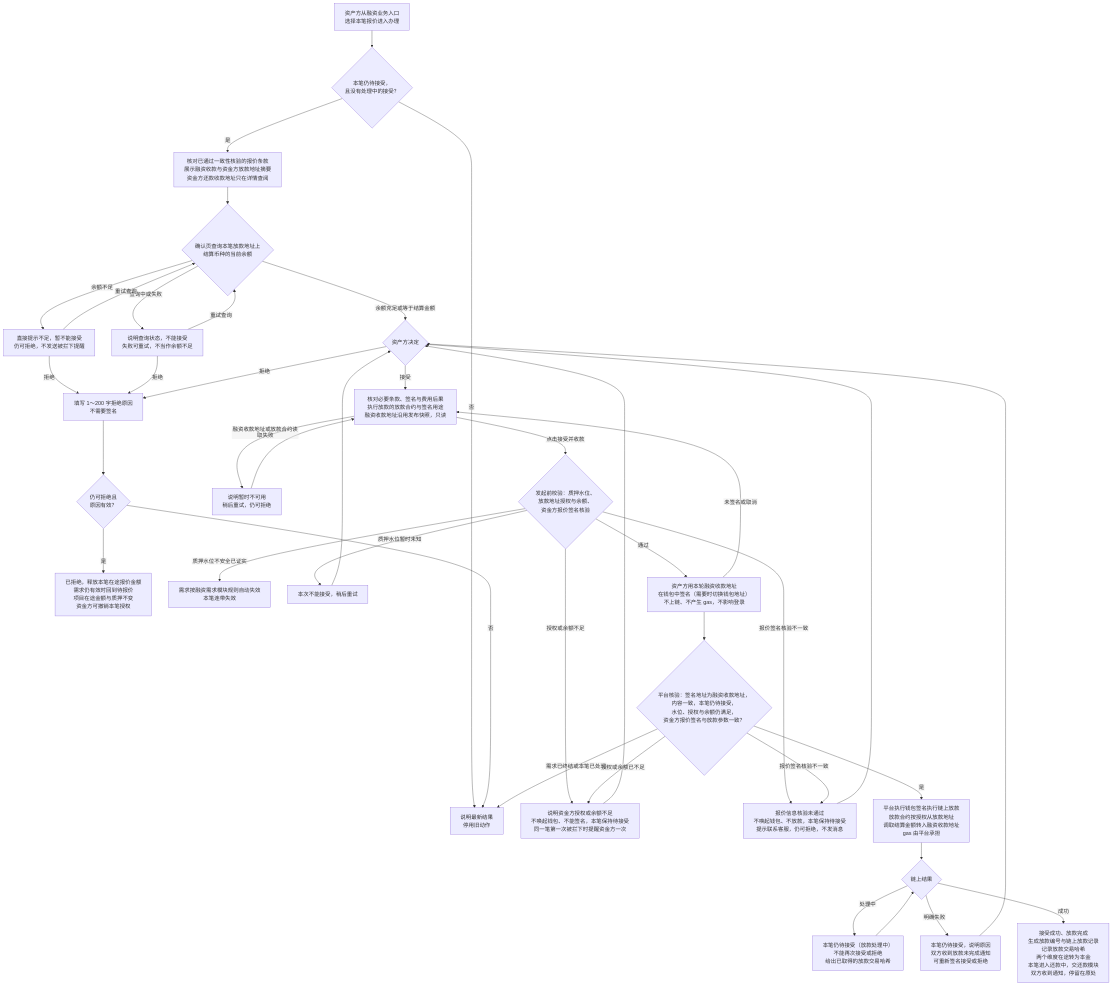
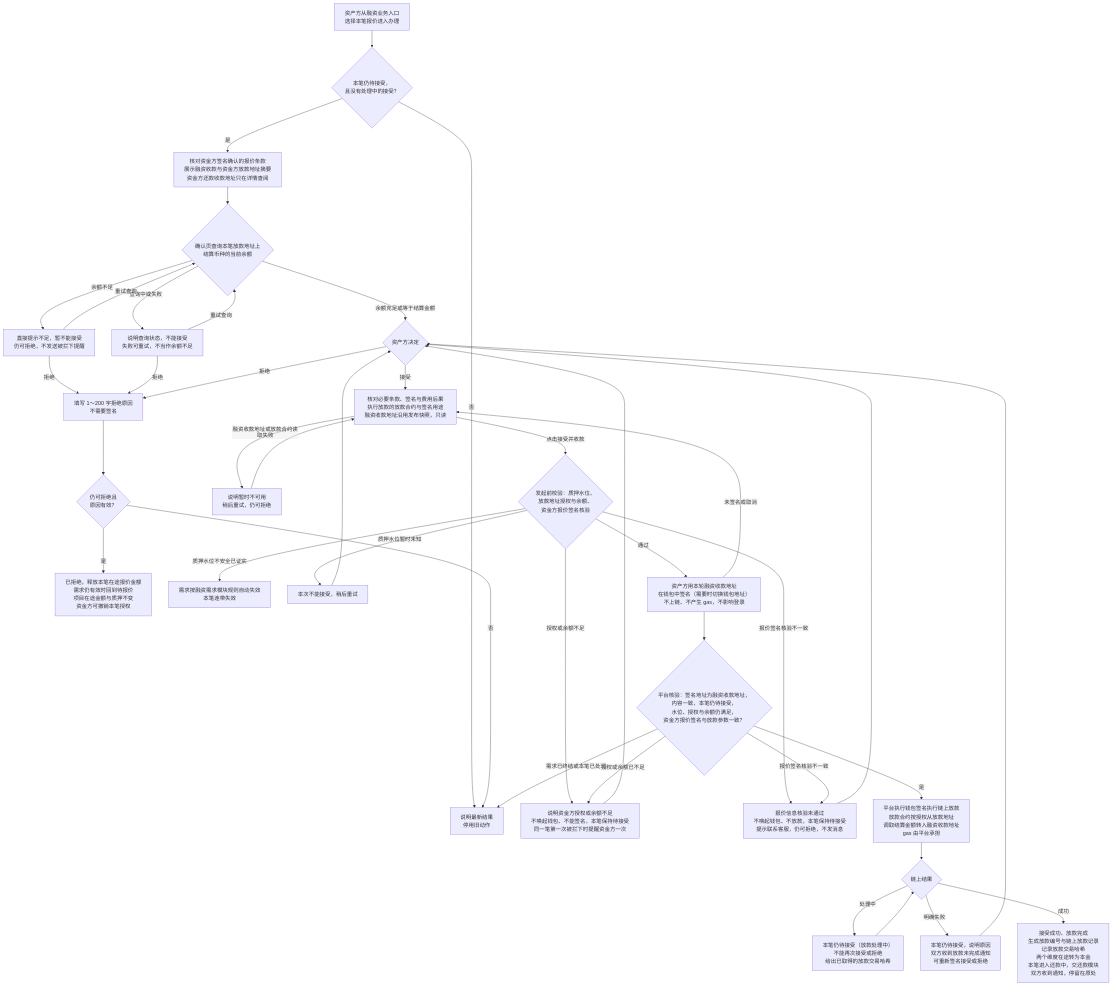
The second of 10 diagrams in lending-platform/PRD/面客端/06-借贷广场-授信报价与接受拒绝/02-授信报价与接受拒绝-流程图与状态机.md (wxblockchain/Chain-Financing), drawn with Mermaid before and after one commit. The commit also changed other lines of this file and 49 other files, not shown here.

````diff
--- a/lending-platform/PRD/面客端/06-借贷广场-授信报价与接受拒绝/02-授信报价与接受拒绝-流程图与状态机.md
+++ b/lending-platform/PRD/面客端/06-借贷广场-授信报价与接受拒绝/02-授信报价与接受拒绝-流程图与状态机.md
@@ -67,43 +67,43 @@
 ```mermaid
 %%{init: {"flowchart": {"htmlLabels": false, "wrappingWidth": 400}}}%%
 flowchart TD
   A["资产方从融资业务入口<br/>选择本笔报价进入办理"] --> B{"本笔仍待接受，<br/>且没有处理中的接受？"}
   B -->|"否"| X["说明最新结果<br/>停用旧动作"]
-  B -->|"是"| C["核对已通过一致性核验的报价条款<br/>展示融资收款与资金方放款地址摘要<br/>资金方还款收款地址只在详情查阅"]
+  B -->|"是"| C["核对资金方签名确认的报价条款<br/>展示融资收款与资金方放款地址摘要<br/>资金方还款收款地址只在详情查阅"]
   C --> CB{"确认页查询本笔放款地址上<br/>结算币种的当前余额"}
   CB -->|"余额充足或等于结算金额"| D{"资产方决定"}
   CB -->|"余额不足"| CN["直接提示不足，暂不能接受<br/>仍可拒绝，不发送被拦下提醒"]
   CB -->|"查询中或失败"| CF["说明查询状态，不能接受<br/>失败可重试，不当作余额不足"]
   CN -->|"重试查询"| CB
   CF -->|"重试查询"| CB
   CN -->|"拒绝"| R
   CF -->|"拒绝"| R
   D -->|"拒绝"| R["填写 1～200 字拒绝原因<br/>不需要签名"]
   R --> R1{"仍可拒绝且<br/>原因有效？"}
   R1 -->|"否"| X
   R1 -->|"是"| R2["已拒绝，释放本笔在途报价金额<br/>需求仍有效时回到待报价<br/>项目在途金额与质押不变<br/>资金方可撤销本笔授权"]
   D -->|"接受"| E["核对必要条款、签名与费用后果<br/>执行放款的放款合约与签名用途<br/>融资收款地址沿用发布快照，只读"]
   E -->|"融资收款地址或放款合约读取失败"| E1["说明暂时不可用<br/>稍后重试，仍可拒绝"]
   E1 --> E
   E -->|"点击接受并收款"| P{"发起前校验：质押水位、<br/>放款地址授权与余额、<br/>资金方报价签名核验"}
   P -->|"授权或余额不足"| P1["说明资金方授权或余额不足<br/>不唤起钱包、不能签名，本笔保持待接受<br/>同一笔第一次被拦下时提醒资金方一次"]
   P1 --> D
   P -->|"质押水位不安全已证实"| P2["需求按融资需求模块规则自动失效<br/>本笔连带失效"]
   P -->|"质押水位暂时未知"| P3["本次不能接受，稍后重试"]
   P3 --> D
   P -->|"报价签名核验不一致"| PV["报价信息核验未通过<br/>不唤起钱包、不放款，本笔保持待接受<br/>提示联系客服，仍可拒绝，不发消息"]
   PV --> D
   P -->|"通过"| J["资产方用本轮融资收款地址<br/>在钱包中签名（需要时切换钱包地址）<br/>不上链、不产生 gas，不影响登录"]
   J -->|"未签名或取消"| E
   J --> K{"平台核验：签名地址为融资收款地址，<br/>内容一致，本笔仍待接受，<br/>水位、授权与余额仍满足，<br/>资金方报价签名与放款参数一致？"}
   K -->|"需求已终结或本笔已处理"| X
   K -->|"授权或余额已不足"| P1
   K -->|"报价签名核验不一致"| PV
   K -->|"是"| L["平台执行钱包签名执行链上放款<br/>放款合约按授权从放款地址<br/>调取结算金额转入融资收款地址<br/>gas 由平台承担"]
   L --> M{"链上结果"}
   M -->|"处理中"| M1["本笔仍待接受（放款处理中）<br/>不能再次接受或拒绝<br/>给出已取得的放款交易哈希"]
   M1 --> M
   M -->|"明确失败"| M2["本笔仍待接受，说明原因<br/>双方收到放款未完成通知<br/>可重新签名接受或拒绝"]
   M2 --> D
   M -->|"成功"| N["接受成功、放款完成<br/>生成放款编号与链上放款记录<br/>记录放款交易哈希<br/>两个维度在途转为本金<br/>本笔进入还款中，交还款模块<br/>双方收到通知，停留在原处"]
 ```
````
